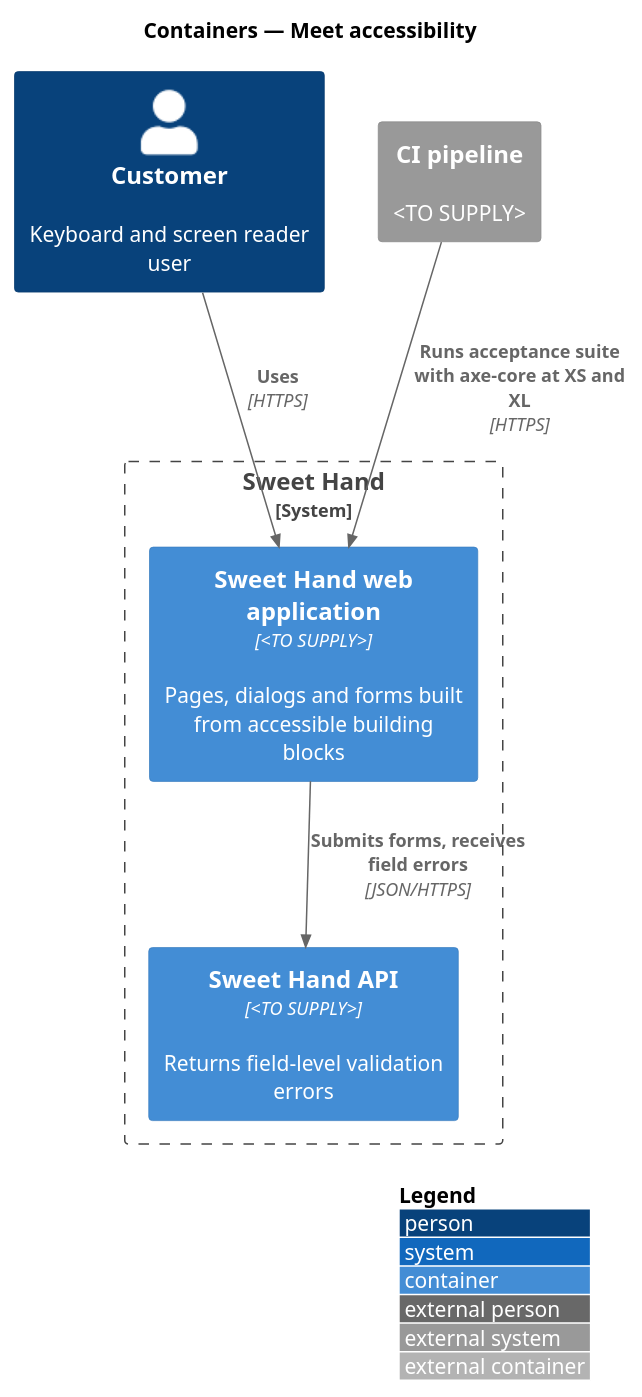
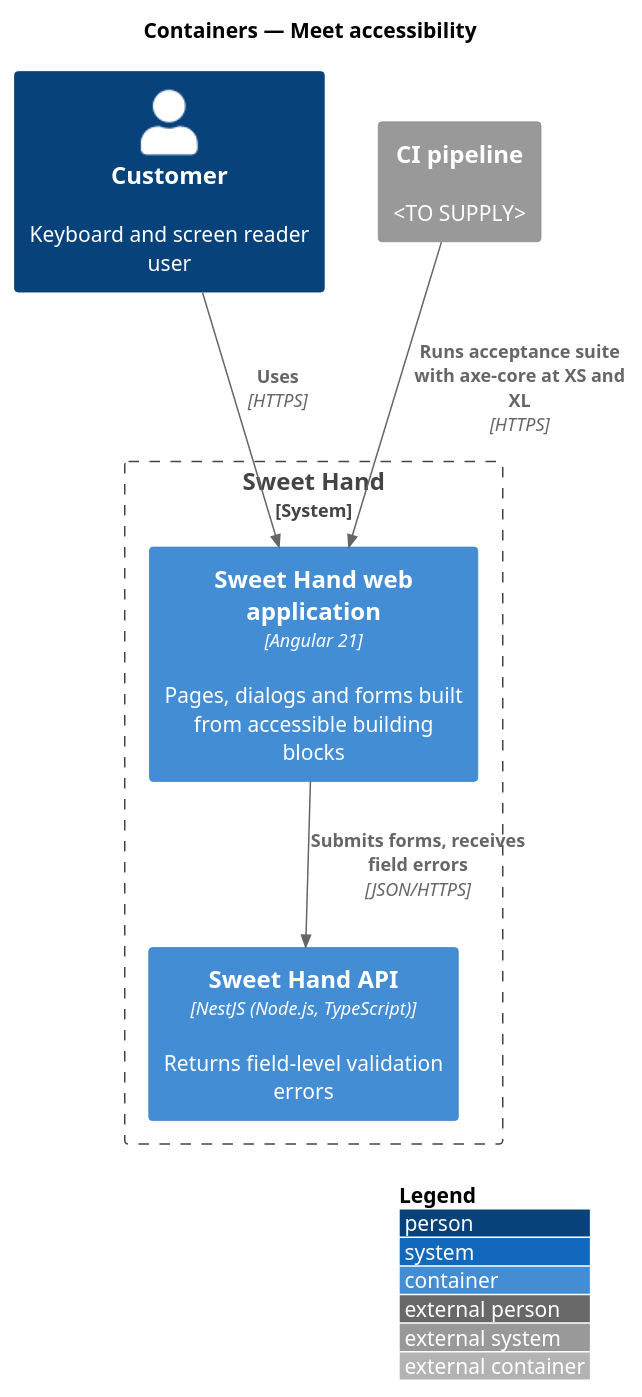
One commit to QuinntyneBrown/sweet-hand changed the diagram in docs/detailed-designs/platform/meet-accessibility/diagrams/c4-container.puml. Above: the diagram before and after it, drawn with PlantUML. The commit also changed 34 other files, not shown here.

```diff
--- a/docs/detailed-designs/platform/meet-accessibility/diagrams/c4-container.puml
+++ b/docs/detailed-designs/platform/meet-accessibility/diagrams/c4-container.puml
@@ -1,16 +1,16 @@
 @startuml
 !include <C4/C4_Container>
 LAYOUT_WITH_LEGEND()
 title Containers — Meet accessibility
 
 Person(customer, "Customer", "Keyboard and screen reader user")
 System_Ext(ci, "CI pipeline", "<TO SUPPLY>")
 System_Boundary(sweethand, "Sweet Hand") {
-  Container(web, "Sweet Hand web application", "<TO SUPPLY>", "Pages, dialogs and forms built from accessible building blocks")
-  Container(api, "Sweet Hand API", "<TO SUPPLY>", "Returns field-level validation errors")
+  Container(web, "Sweet Hand web application", "Angular 21", "Pages, dialogs and forms built from accessible building blocks")
+  Container(api, "Sweet Hand API", "NestJS (Node.js, TypeScript)", "Returns field-level validation errors")
 }
 
 Rel(customer, web, "Uses", "HTTPS")
 Rel(web, api, "Submits forms, receives field errors", "JSON/HTTPS")
 Rel(ci, web, "Runs acceptance suite with axe-core at XS and XL", "HTTPS")
 @enduml
```
